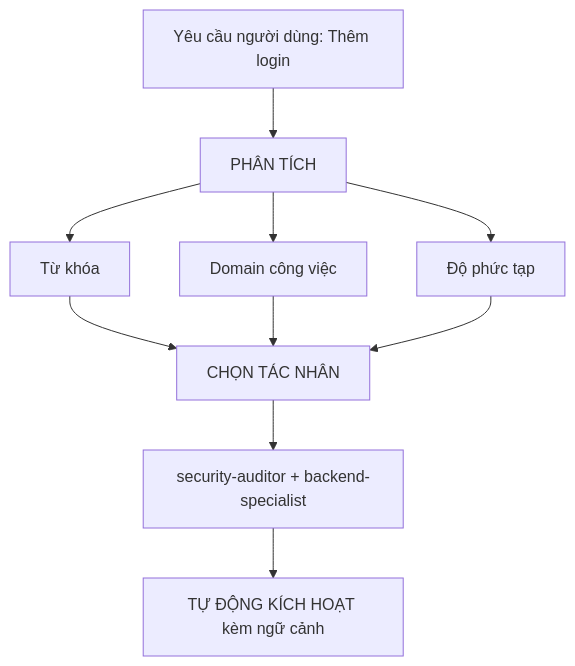
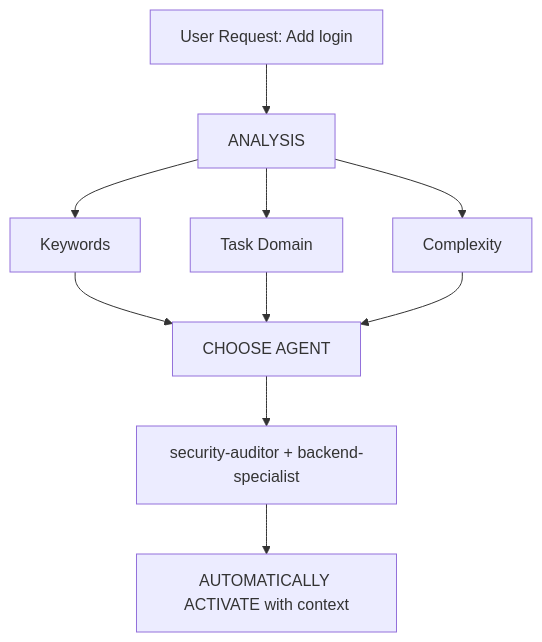
The diagram in .agents/skills/intelligent-routing/SKILL.md (lelong310590/Agent-Kit), drawn with Mermaid before and after one commit. The commit also changed other lines of this file and 50 other files, not shown here.

````diff
--- a/.agents/skills/intelligent-routing/SKILL.md
+++ b/.agents/skills/intelligent-routing/SKILL.md
@@ -22,12 +22,12 @@
 ```mermaid
 graph TD
-    A[Yêu cầu người dùng: Thêm login] --> B[PHÂN TÍCH]
-    B --> C[Từ khóa]
-    B --> D[Domain công việc]
-    B --> E[Độ phức tạp]
-    C --> F[CHỌN TÁC NHÂN]
+    A[User Request: Add login] --> B[ANALYSIS]
+    B --> C[Keywords]
+    B --> D[Task Domain]
+    B --> E[Complexity]
+    C --> F[CHOOSE AGENT]
     D --> F
     E --> F
     F --> G[security-auditor + backend-specialist]
-    G --> H[TỰ ĐỘNG KÍCH HOẠT kèm ngữ cảnh]
+    G --> H[AUTOMATICALLY ACTIVATE with context]
 ```
````
